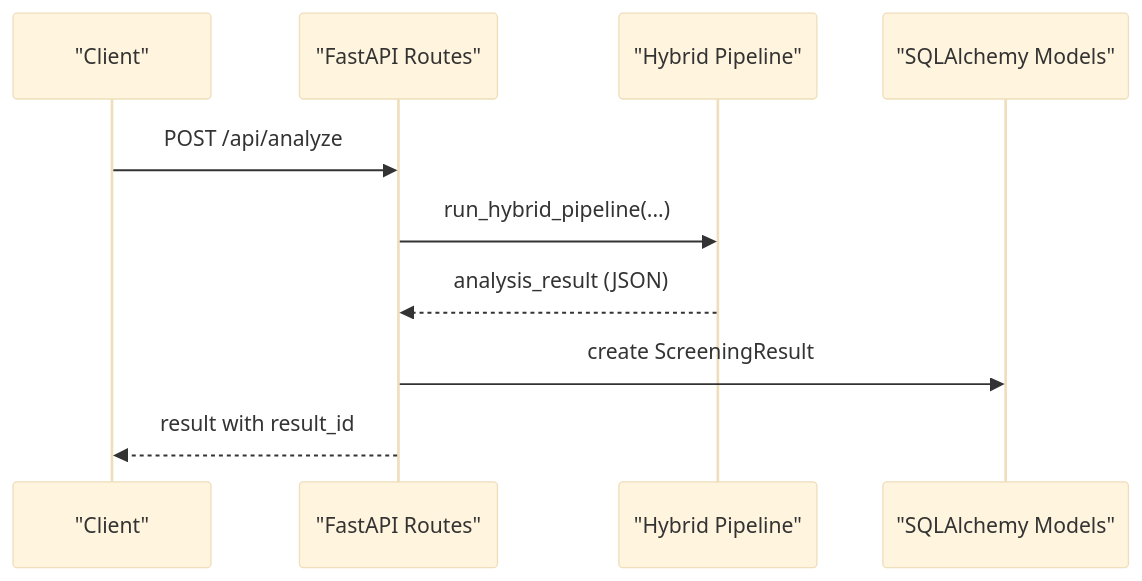
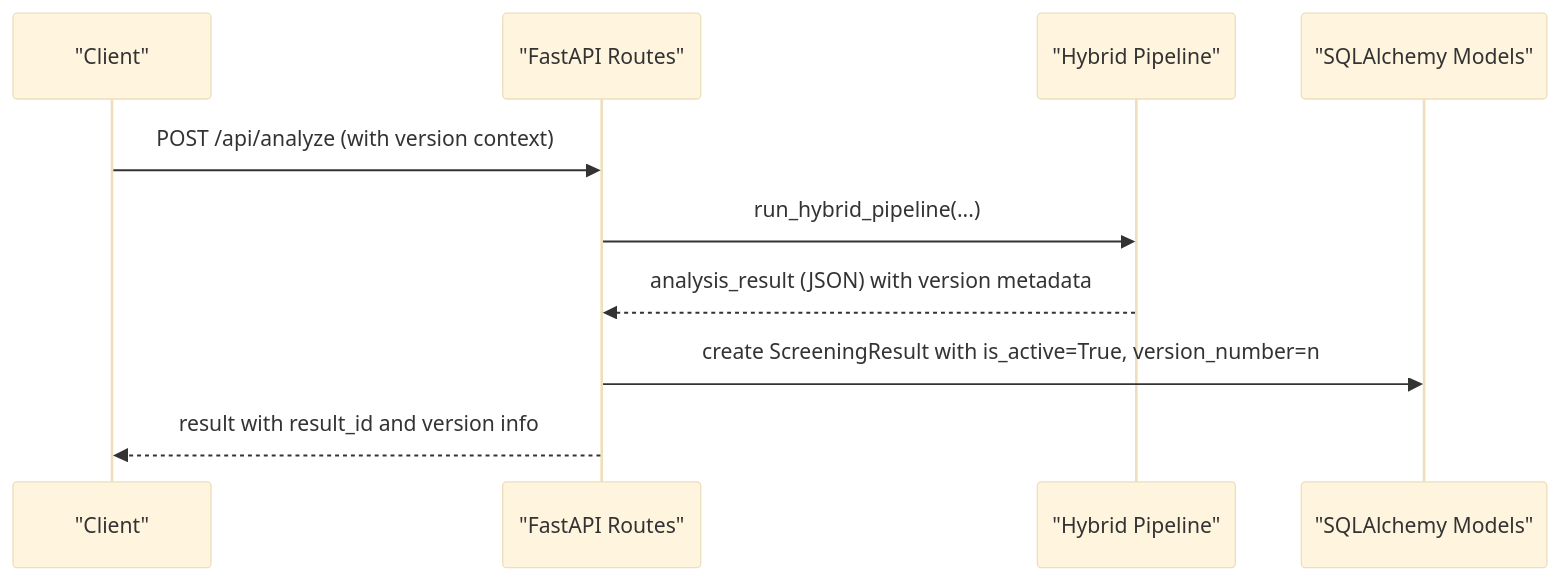
One commit to Revanththetalogics/aireume changed the second of 8 diagrams in .qoder/repowiki/en/content/Candidate Management/Analysis History and Tracking.md. Above: the diagram before and after it, drawn with Mermaid (base theme). The commit also changed other lines of this file and 20 other files, not shown here.

First line of the commit message:
fix: persist complete report data to analysis_result for Candidates page

````diff
--- a/.qoder/repowiki/en/content/Candidate Management/Analysis History and Tracking.md
+++ b/.qoder/repowiki/en/content/Candidate Management/Analysis History and Tracking.md
@@ -108,12 +128,12 @@
 ```mermaid
 sequenceDiagram
 participant Client as "Client"
 participant API as "FastAPI Routes"
 participant Service as "Hybrid Pipeline"
 participant DB as "SQLAlchemy Models"
-Client->>API : POST /api/analyze
+Client->>API : POST /api/analyze (with version context)
 API->>Service : run_hybrid_pipeline(...)
-Service-->>API : analysis_result (JSON)
-API->>DB : create ScreeningResult
-API-->>Client : result with result_id
+Service-->>API : analysis_result (JSON) with version metadata
+API->>DB : create ScreeningResult with is_active=True, version_number=n
+API-->>Client : result with result_id and version info
 ```
````
